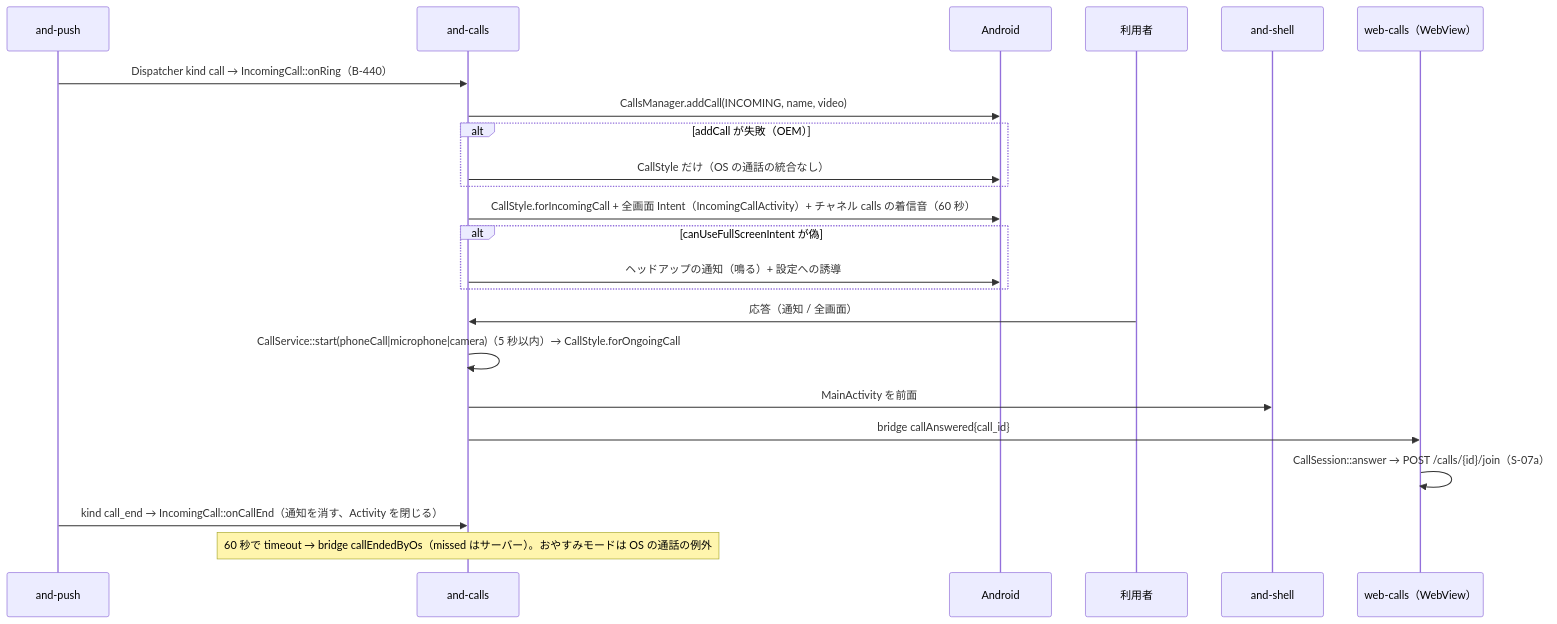
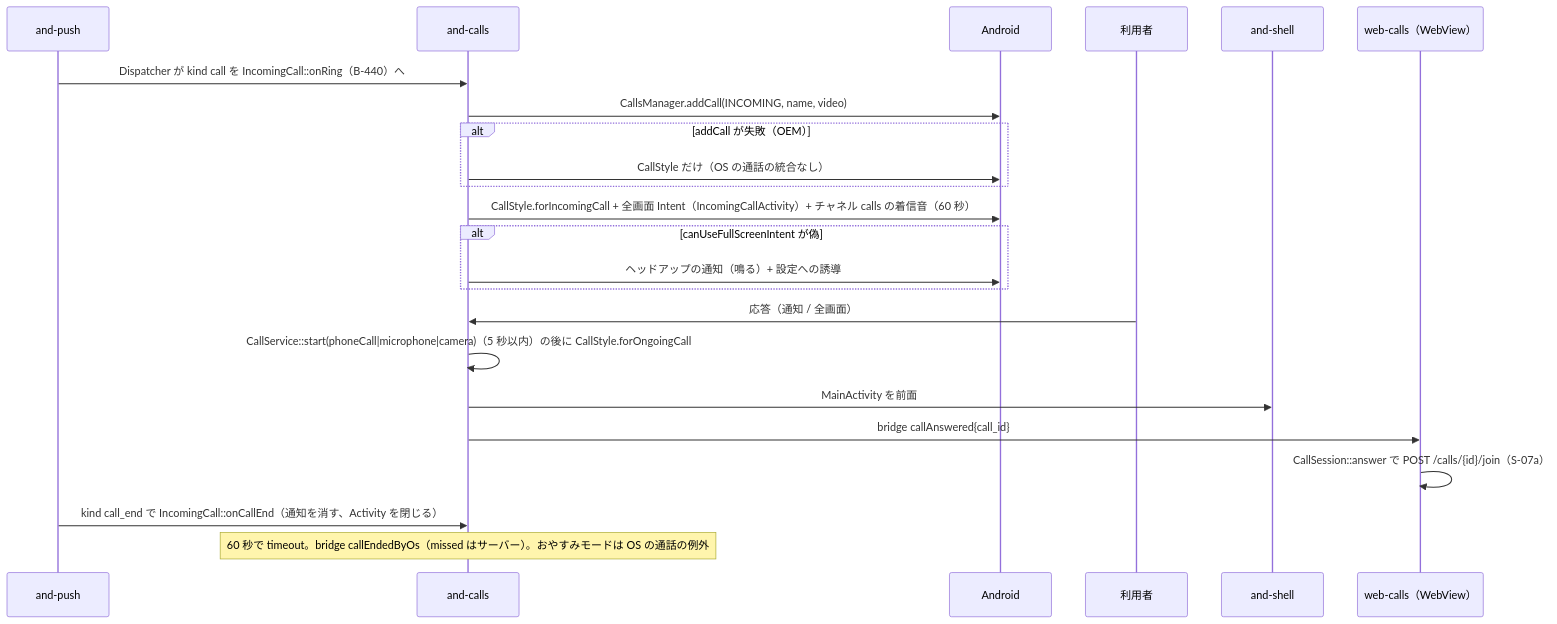
One commit to nrsd-ishikawasou/family-talk-pwa changed the fourth of 4 diagrams in dev/docs/jp/シーケンス/07_通話.md. Above: the diagram before and after it, drawn with Mermaid. The commit also changed other lines of this file and 290 other files, not shown here.

````diff
--- a/dev/docs/jp/シーケンス/07_通話.md
+++ b/dev/docs/jp/シーケンス/07_通話.md
@@ -141,25 +155,25 @@
 ```mermaid
 sequenceDiagram
   participant AP as and-push
   participant AC as and-calls
   participant OS as Android
   participant U as 利用者
   participant AS as and-shell
   participant W as web-calls（WebView）
-  AP->>AC: Dispatcher kind call → IncomingCall::onRing（B-440）
+  AP->>AC: Dispatcher が kind call を IncomingCall::onRing（B-440）へ
   AC->>OS: CallsManager.addCall(INCOMING, name, video)
   alt addCall が失敗（OEM）
     AC->>OS: CallStyle だけ（OS の通話の統合なし）
   end
   AC->>OS: CallStyle.forIncomingCall + 全画面 Intent（IncomingCallActivity）+ チャネル calls の着信音（60 秒）
   alt canUseFullScreenIntent が偽
     AC->>OS: ヘッドアップの通知（鳴る）+ 設定への誘導
   end
   U->>AC: 応答（通知 / 全画面）
-  AC->>AC: CallService::start(phoneCall|microphone|camera)（5 秒以内）→ CallStyle.forOngoingCall
+  AC->>AC: CallService::start(phoneCall|microphone|camera)（5 秒以内）の後に CallStyle.forOngoingCall
   AC->>AS: MainActivity を前面
   AC->>W: bridge callAnswered{call_id}
-  W->>W: CallSession::answer → POST /calls/{id}/join（S-07a）
-  AP->>AC: kind call_end → IncomingCall::onCallEnd（通知を消す、Activity を閉じる）
-  Note over AC: 60 秒で timeout → bridge callEndedByOs（missed はサーバー）。おやすみモードは OS の通話の例外
+  W->>W: CallSession::answer で POST /calls/{id}/join（S-07a）
+  AP->>AC: kind call_end で IncomingCall::onCallEnd（通知を消す、Activity を閉じる）
+  Note over AC: 60 秒で timeout。bridge callEndedByOs（missed はサーバー）。おやすみモードは OS の通話の例外
 ```
````
